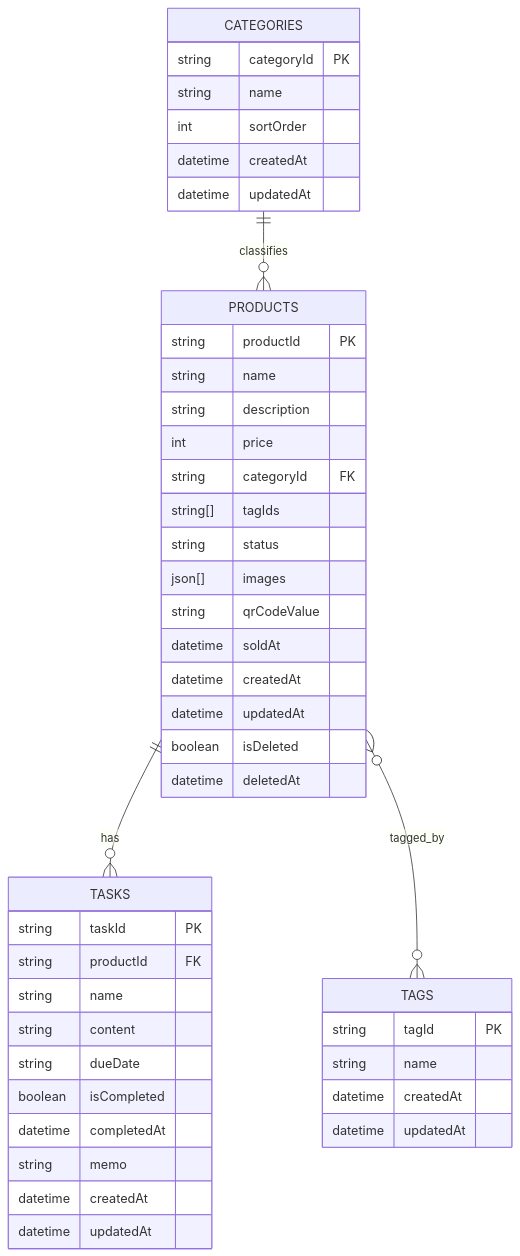
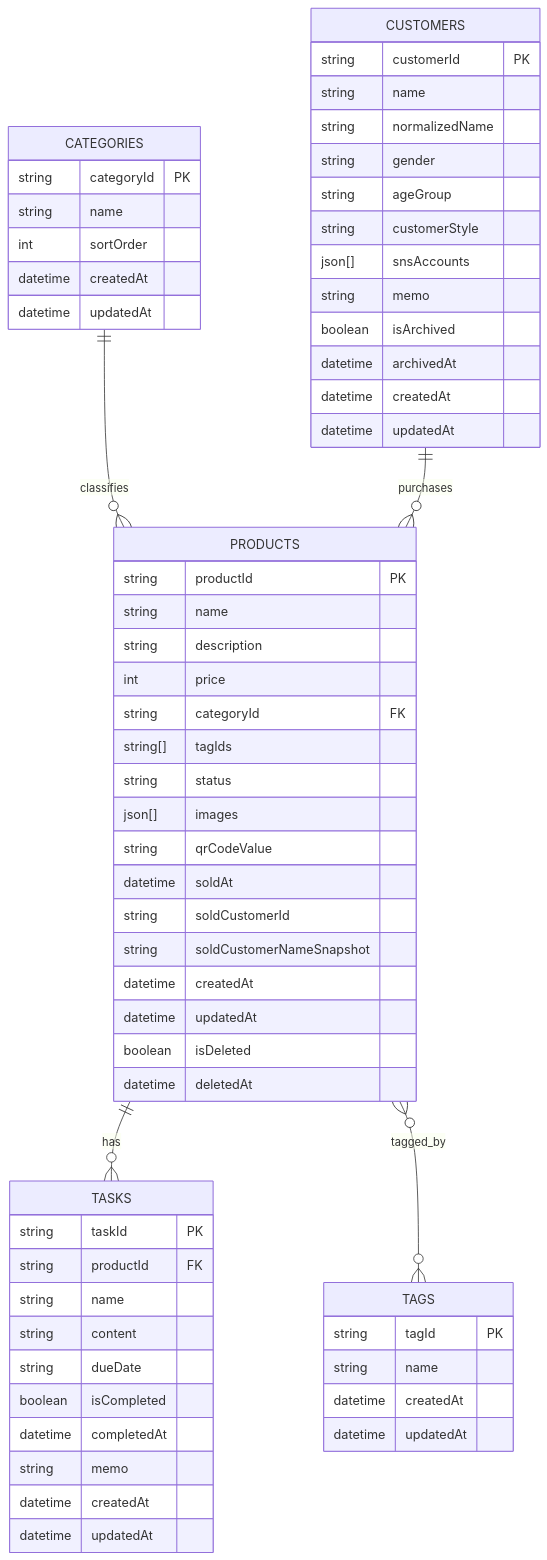
The diagram in docs/data_design.md (Cat5Dog2/Handmade_Item_Management), drawn with Mermaid before and after one commit. The commit also changed other lines of this file and 14 other files, not shown here.

````diff
--- a/docs/data_design.md
+++ b/docs/data_design.md
@@ -132,51 +134,69 @@
 ```mermaid
 erDiagram
     PRODUCTS ||--o{ TASKS : has
     CATEGORIES ||--o{ PRODUCTS : classifies
     PRODUCTS }o--o{ TAGS : tagged_by
+    CUSTOMERS ||--o{ PRODUCTS : purchases
 
     PRODUCTS {
         string productId PK
         string name
         string description
         int price
         string categoryId FK
         string[] tagIds
         string status
         json[] images
         string qrCodeValue
         datetime soldAt
+        string soldCustomerId
+        string soldCustomerNameSnapshot
         datetime createdAt
         datetime updatedAt
         boolean isDeleted
         datetime deletedAt
     }
 
     TASKS {
         string taskId PK
         string productId FK
         string name
         string content
         string dueDate
         boolean isCompleted
         datetime completedAt
         string memo
         datetime createdAt
         datetime updatedAt
     }
 
     CATEGORIES {
         string categoryId PK
         string name
         int sortOrder
         datetime createdAt
         datetime updatedAt
     }
 
     TAGS {
         string tagId PK
         string name
         datetime createdAt
         datetime updatedAt
     }
+
+    CUSTOMERS {
+        string customerId PK
+        string name
+        string normalizedName
+        string gender
+        string ageGroup
+        string customerStyle
+        json[] snsAccounts
+        string memo
+        boolean isArchived
+        datetime archivedAt
+        datetime createdAt
+        datetime updatedAt
+    }
 ```
````
